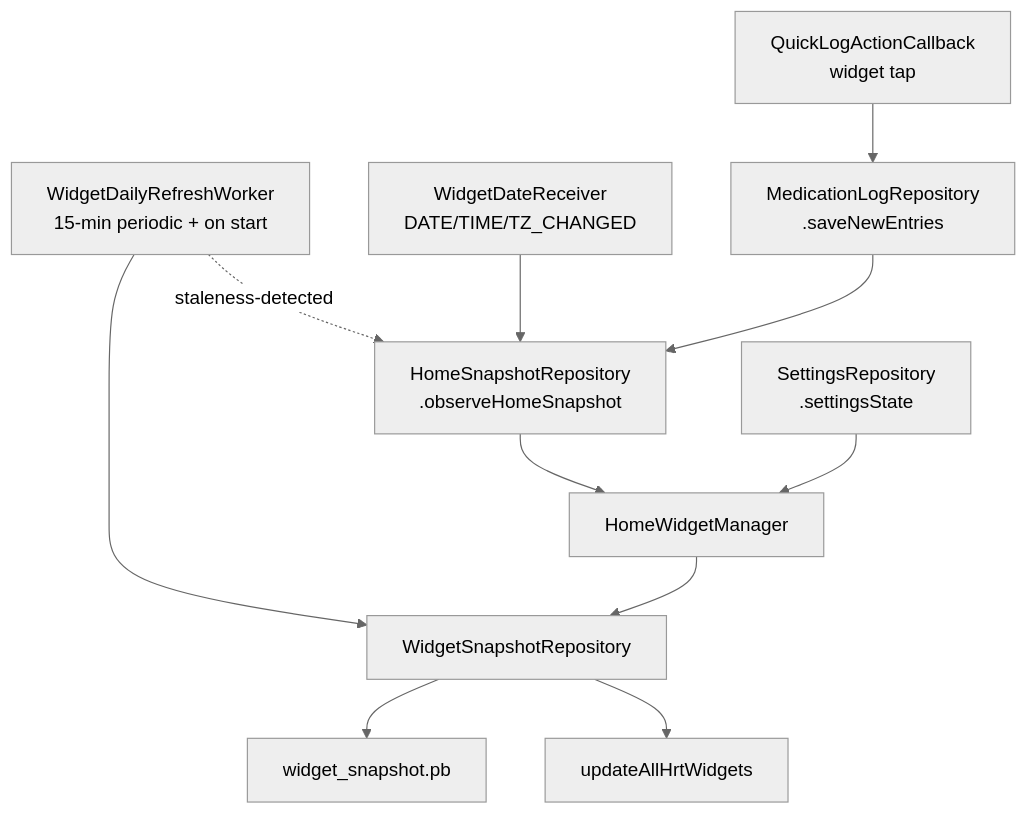
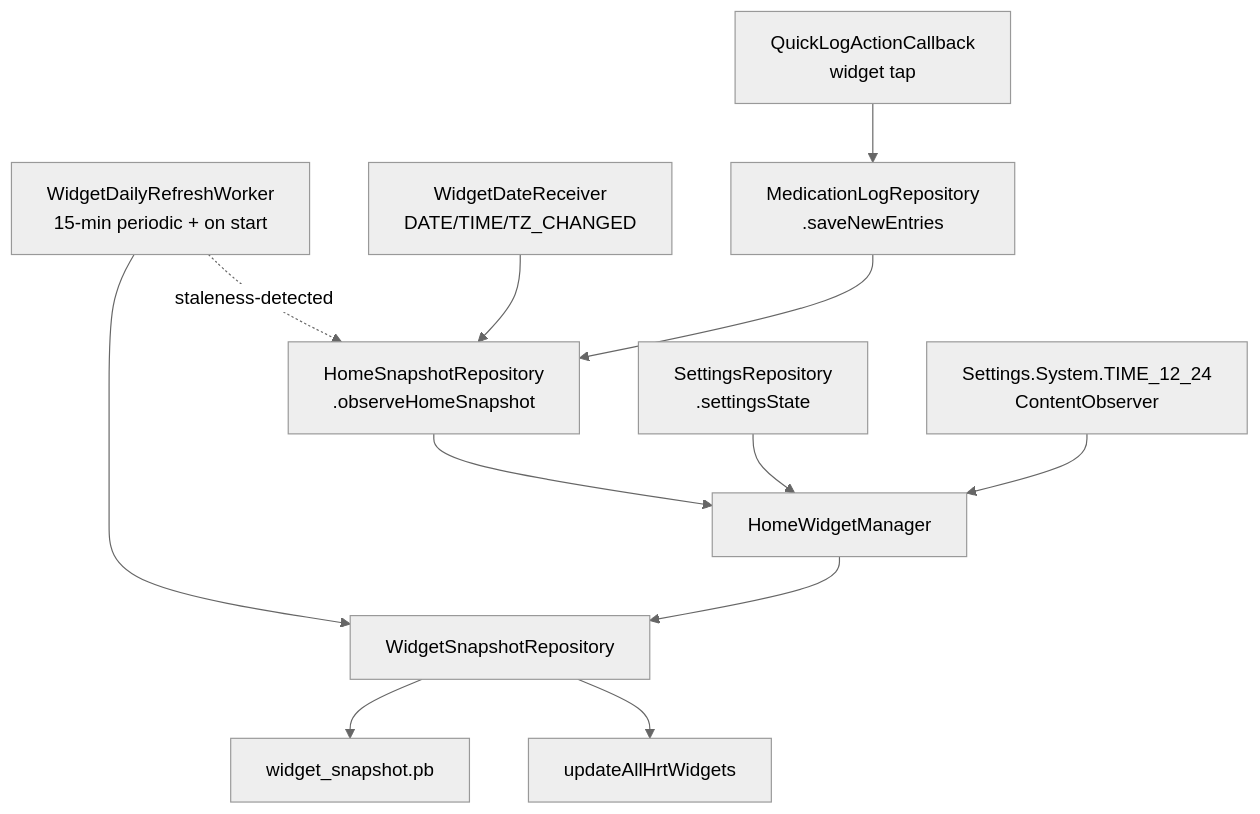
The second of 2 diagrams in docs/widget.md (mkx173/Featherline), drawn with Mermaid (neutral theme) before and after one commit. The commit also changed other lines of this file and 2 other files, not shown here.

````diff
--- a/docs/widget.md
+++ b/docs/widget.md
@@ -133,13 +139,14 @@
 ```mermaid
 graph TD
   homesnapshot[HomeSnapshotRepository<br/>.observeHomeSnapshot] --> manager
   settings[SettingsRepository<br/>.settingsState] --> manager
+  timeformat[Settings.System.TIME_12_24<br/>ContentObserver] --> manager
   worker[WidgetDailyRefreshWorker<br/>15-min periodic + on start] --> repo
   worker -.staleness-detected.-> homesnapshot
   datereceiver[WidgetDateReceiver<br/>DATE/TIME/TZ_CHANGED] --> homesnapshot
   quicklog[QuickLogActionCallback<br/>widget tap] --> mutation
   mutation[MedicationLogRepository<br/>.saveNewEntries] --> homesnapshot
   manager[HomeWidgetManager] --> repo[WidgetSnapshotRepository]
   repo --> store[widget_snapshot.pb]
   repo --> glance[updateAllHrtWidgets]
 ```
````
